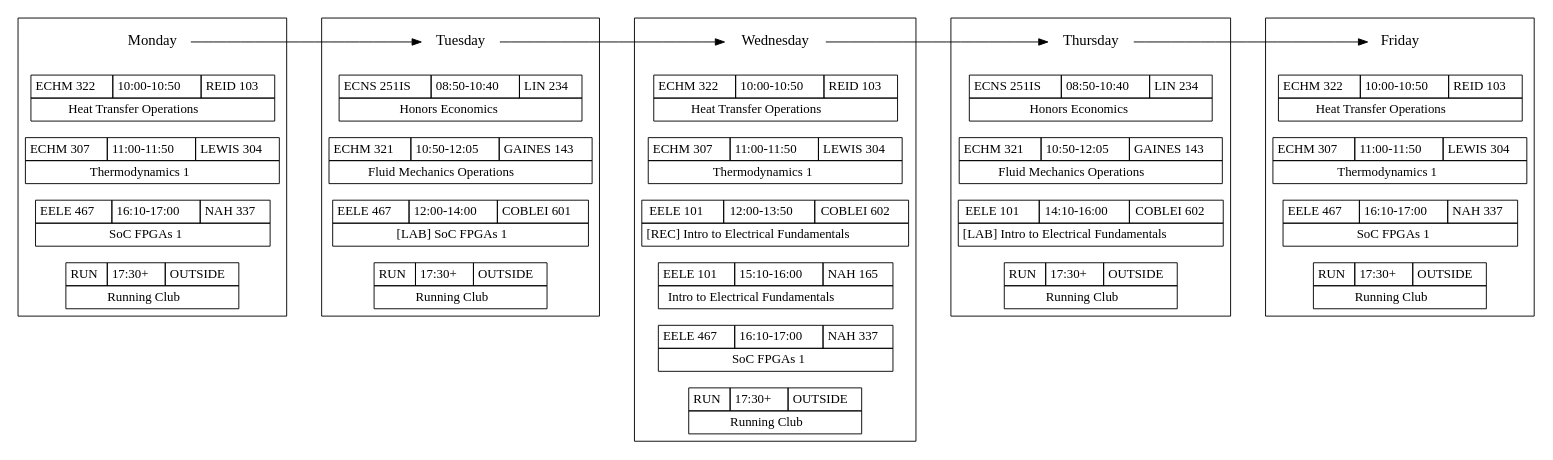
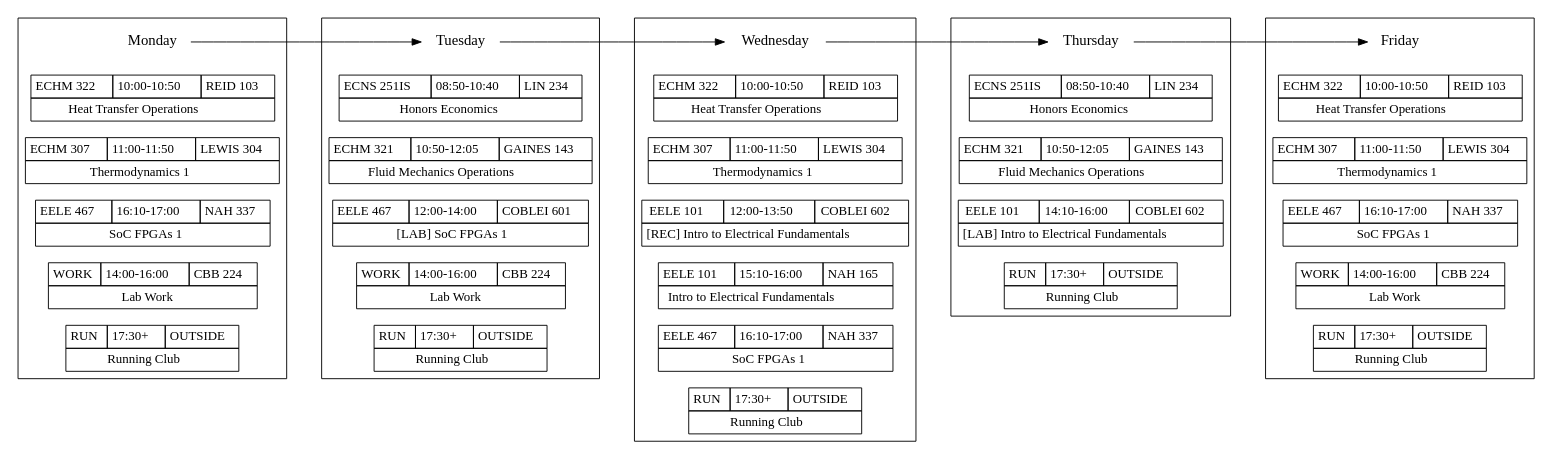
One commit to w-culhane/schedule-flowchart changed the diagram in schedule_3-junior-sem-1-fall.gv. Above: the diagram before and after it, drawn with Graphviz.

Commit message:
Add work schedule

```diff
--- a/schedule_3-junior-sem-1-fall.gv
+++ b/schedule_3-junior-sem-1-fall.gv
@@ -7,7 +7,7 @@
     }
 
     {node [shape=none, margin=0]
-        subgraph clustermonday { rank = same; "Monday"; "ECHM322-m"; "ECHM307-m"; "EELE467-m"; "RUN-m"; }
+        subgraph clustermonday { rank = same; "Monday"; "ECHM322-m"; "ECHM307-m"; "EELE467-m"; "WORK-m"; "RUN-m"; }
     }
 
     "ECHM322-m" [label=<
@@ -40,6 +40,16 @@
     <TR><TD COLSPAN="3">SoC FPGAs 1</TD></TR>
     </TABLE>>];
 
+    "WORK-m" [label=<
+    <TABLE BORDER="0" CELLBORDER="1" CELLSPACING="0" CELLPADDING="4">
+    <TR>
+    <TD>WORK</TD>
+    <TD>14:00-16:00</TD>
+    <TD>CBB 224</TD>
+    </TR>
+    <TR><TD COLSPAN="3">Lab Work</TD></TR>
+    </TABLE>>];
+
     "RUN-m" [label=<
     <TABLE BORDER="0" CELLBORDER="1" CELLSPACING="0" CELLPADDING="4">
     <TR>
@@ -51,7 +61,7 @@
     </TABLE>>];
 
     {node [shape=none, margin=0]
-        subgraph clustertuesday { rank = same; "Tuesday"; "ECNS251IS-t"; "ECHM321-t"; "EELE467-t-lab" "RUN-t"; }
+        subgraph clustertuesday { rank = same; "Tuesday"; "ECNS251IS-t"; "ECHM321-t"; "EELE467-t-lab"; "WORK-t"; "RUN-t"; }
     }
 
     "ECNS251IS-t" [label=<
@@ -82,6 +92,16 @@
     <TD>COBLEI 601</TD>
     </TR>
     <TR><TD COLSPAN="3">[LAB] SoC FPGAs 1</TD></TR>
+    </TABLE>>];
+
+    "WORK-t" [label=<
+    <TABLE BORDER="0" CELLBORDER="1" CELLSPACING="0" CELLPADDING="4">
+    <TR>
+    <TD>WORK</TD>
+    <TD>14:00-16:00</TD>
+    <TD>CBB 224</TD>
+    </TR>
+    <TR><TD COLSPAN="3">Lab Work</TD></TR>
     </TABLE>>];
 
     "RUN-t" [label=<
@@ -203,7 +223,7 @@
     </TABLE>>];
 
     {node [shape=none, margin=0]
-        subgraph clusterfriday { rank = same; "Friday"; "ECHM322-f"; "ECHM307-f"; "EELE467-f"; "RUN-f"; }
+        subgraph clusterfriday { rank = same; "Friday"; "ECHM322-f"; "ECHM307-f"; "EELE467-f"; "WORK-f"; "RUN-f"; }
     }
 
     "ECHM322-f" [label=<
@@ -236,6 +256,16 @@
     <TR><TD COLSPAN="3">SoC FPGAs 1</TD></TR>
     </TABLE>>];
 
+    "WORK-f" [label=<
+    <TABLE BORDER="0" CELLBORDER="1" CELLSPACING="0" CELLPADDING="4">
+    <TR>
+    <TD>WORK</TD>
+    <TD>14:00-16:00</TD>
+    <TD>CBB 224</TD>
+    </TR>
+    <TR><TD COLSPAN="3">Lab Work</TD></TR>
+    </TABLE>>];
+
     "RUN-f" [label=<
     <TABLE BORDER="0" CELLBORDER="1" CELLSPACING="0" CELLPADDING="4">
     <TR>
```
